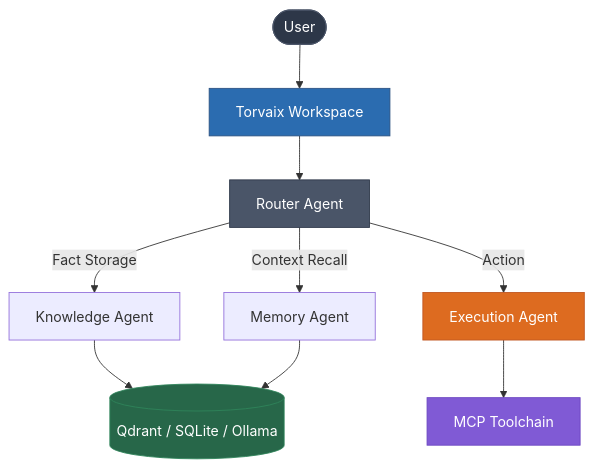
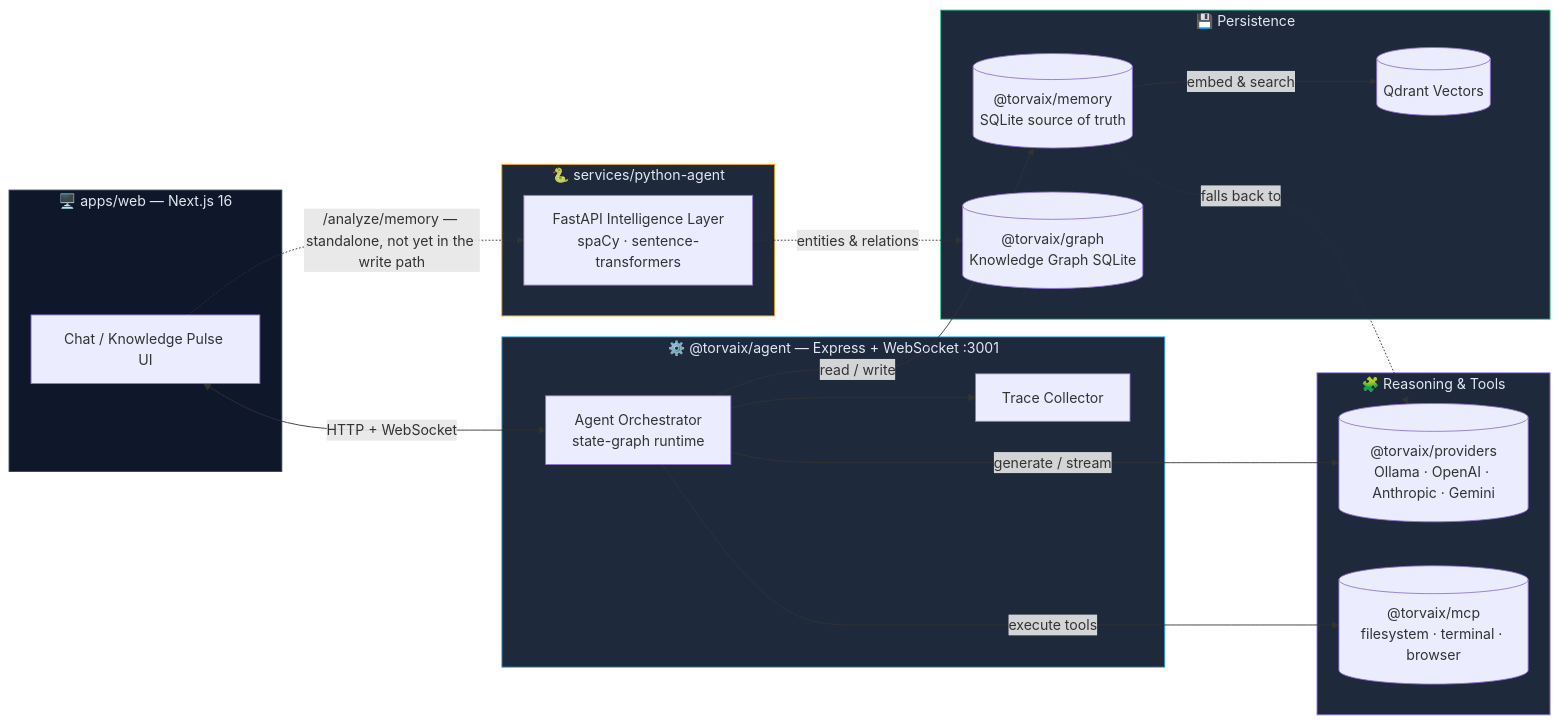
One commit to Yashasm18/Torvaix changed the first of 2 diagrams in README.md. Above: the diagram before and after it, drawn with Mermaid. The commit also changed other lines of this file, not shown here.

Commit message:
Refresh README architecture diagram to match current codebase
Replace the generic placeholder diagram with two Mermaid graphs
grounded in the actual code: a system diagram covering apps/web,
the Express/WebSocket agent server, @torvaix/providers, @torvaix/mcp,
@torvaix/memory (with its Qdrant/embedding fallback chain), the
knowledge graph package, and the standalone Python intelligence
service; and a state diagram of the orchestrator's router/memory/
knowledge/execution/repo_analysis/approval flow, matching the
nextNode values and approval handling in orchestrator.ts.

The intelligence-layer -> knowledge-graph edge is marked dashed since
it's not currently wired into the live memory write path (only
scripts/test-graph.ts exercises it today).

````diff
--- a/README.md
+++ b/README.md
@@ -54,21 +54,42 @@
 ```mermaid
-graph TD
-    User([User]) --> Workspace[Torvaix Workspace]
-    Workspace --> Router[Router Agent]
-    
-    Router -->|Fact Storage| Knowledge[Knowledge Agent]
-    Router -->|Context Recall| Memory[Memory Agent]
-    Router -->|Action| Exec[Execution Agent]
-    
-    Exec --> MCP[MCP Toolchain]
-    
-    Knowledge --> Storage[(Qdrant / SQLite / Ollama)]
-    Memory --> Storage
-    
-    style User fill:#2D3748,stroke:#4A5568,color:#fff
-    style Workspace fill:#2B6CB0,stroke:#2C5282,color:#fff
-    style Router fill:#4A5568,stroke:#2D3748,color:#fff
-    style Storage fill:#276749,stroke:#2F855A,color:#fff
-    style Exec fill:#DD6B20,stroke:#C05621,color:#fff
-    style MCP fill:#805AD5,stroke:#6B46C1,color:#fff
+graph LR
+    subgraph Client["🖥️ apps/web — Next.js 16"]
+        UI[Chat / Knowledge Pulse UI]
+    end
+
+    subgraph Server["⚙️ @torvaix/agent — Express + WebSocket :3001"]
+        Orchestrator[Agent Orchestrator<br/>state-graph runtime]
+        Trace[Trace Collector]
+    end
+
+    subgraph Reasoning["🧩 Reasoning & Tools"]
+        Providers[("@torvaix/providers<br/>Ollama · OpenAI · Anthropic · Gemini")]
+        MCP[("@torvaix/mcp<br/>filesystem · terminal · browser")]
+    end
+
+    subgraph Data["💾 Persistence"]
+        MemoryStore[("@torvaix/memory<br/>SQLite source of truth")]
+        Qdrant[(Qdrant Vectors)]
+        Graph[("@torvaix/graph<br/>Knowledge Graph SQLite")]
+    end
+
+    subgraph Intelligence["🐍 services/python-agent"]
+        PyIntel[FastAPI Intelligence Layer<br/>spaCy · sentence-transformers]
+    end
+
+    UI <-->|HTTP + WebSocket| Orchestrator
+    Orchestrator --> Trace
+    Orchestrator -->|generate / stream| Providers
+    Orchestrator -->|execute tools| MCP
+    Orchestrator -->|read / write| MemoryStore
+    MemoryStore -->|embed & search| Qdrant
+    MemoryStore -.->|falls back to| Providers
+    UI -.->|"/analyze/memory" — standalone, not yet in the write path| PyIntel
+    PyIntel -.->|entities & relations| Graph
+
+    style Client fill:#0f172a,stroke:#334155,color:#e2e8f0
+    style Server fill:#1e293b,stroke:#38bdf8,color:#e2e8f0
+    style Reasoning fill:#1e293b,stroke:#a78bfa,color:#e2e8f0
+    style Data fill:#1e293b,stroke:#34d399,color:#e2e8f0
+    style Intelligence fill:#1e293b,stroke:#f59e0b,color:#e2e8f0
 ```
````
